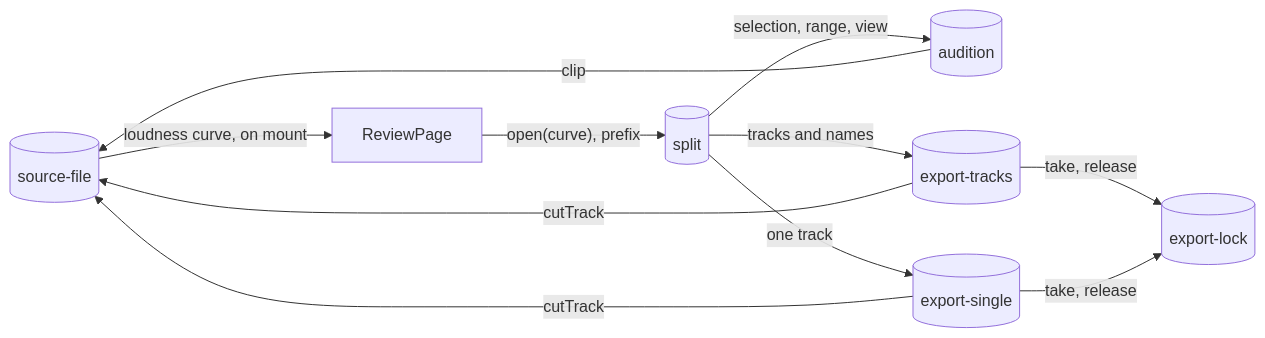
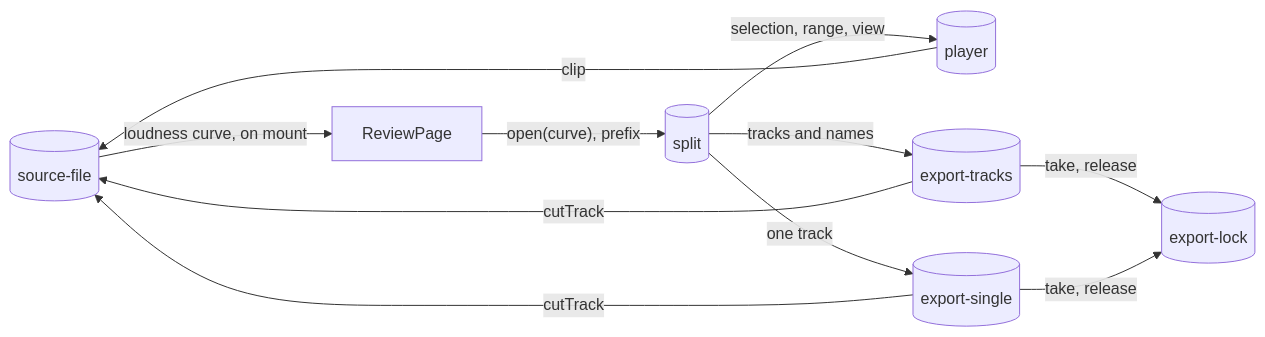
The second of 11 diagrams in docs/architecture.md (suleymanyaryev/audio-splitter), drawn with Mermaid before and after one commit. The commit also changed other lines of this file and 20 other files, not shown here.

Commit message:
refactor(split-zoom): one set of player verbs that act on what is on show

````diff
--- a/docs/architecture.md
+++ b/docs/architecture.md
@@ -54,21 +54,21 @@
 ```mermaid
 flowchart LR
   sourceFile[("source-file")]
   split[("split")]
-  audition[("audition")]
+  player[("player")]
   exporter[("export-tracks")]
   exporterSingle[("export-single")]
   exportLock[("export-lock")]
   reviewPage["ReviewPage"]
 
   sourceFile -- "loudness curve, on mount" --> reviewPage
   reviewPage -- "open(curve), prefix" --> split
-  split -- "selection, range, view" --> audition
-  audition -- "clip" --> sourceFile
+  split -- "selection, range, view" --> player
+  player -- "clip" --> sourceFile
   split -- "tracks and names" --> exporter
   split -- "one track" --> exporterSingle
   exporter -- "cutTrack" --> sourceFile
   exporterSingle -- "cutTrack" --> sourceFile
   exporter -- "take, release" --> exportLock
   exporterSingle -- "take, release" --> exportLock
 ```
````
